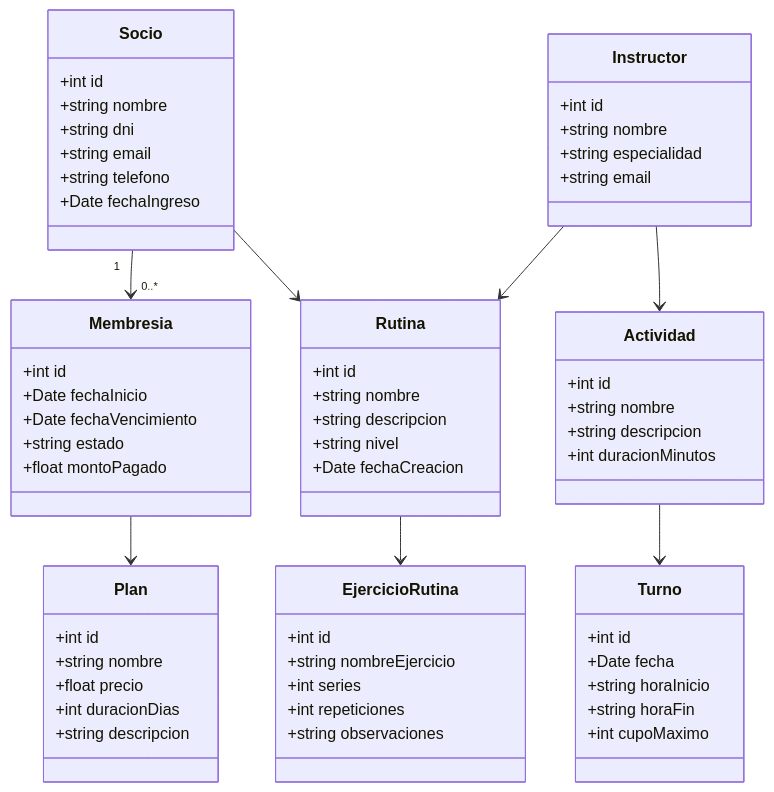
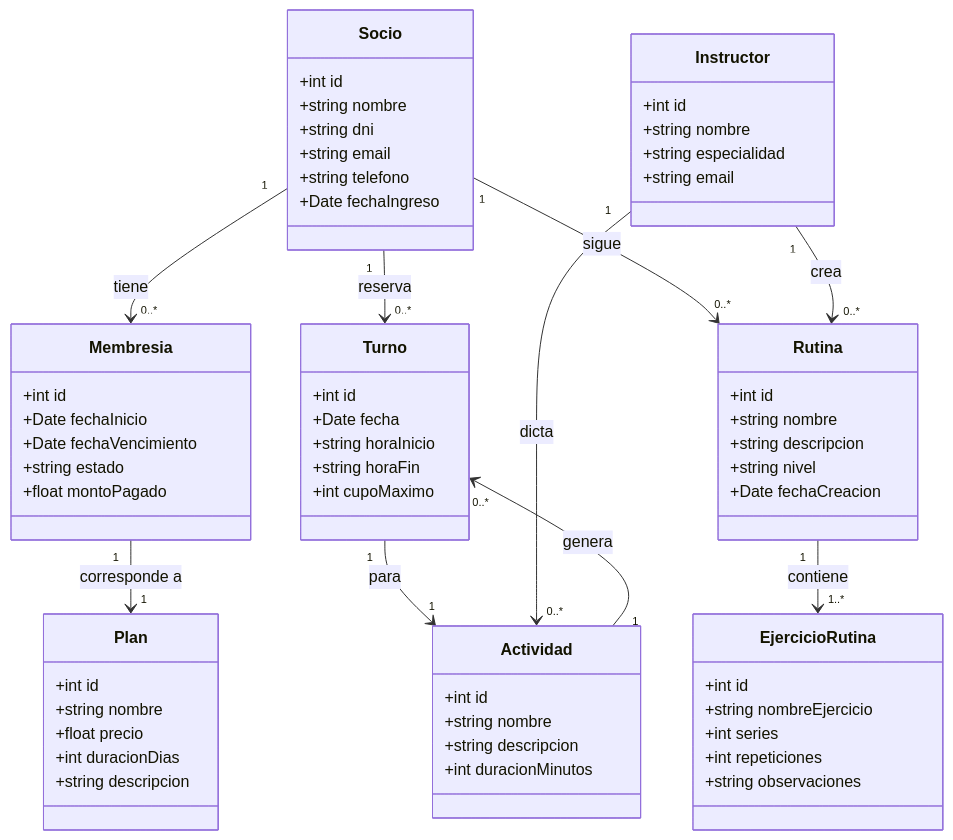
Before and after one commit to AlejoMistra/TP-DSW: the diagram in proposal.md, drawn with Mermaid.

Commit message:
Prueba diagrama

````diff
--- a/proposal.md
+++ b/proposal.md
@@ -29,76 +29,82 @@
 ```mermaid
 classDiagram
 
 class Socio {
   +int id
   +string nombre
   +string dni
   +string email
   +string telefono
   +Date fechaIngreso
 }
 
 class Plan {
   +int id
   +string nombre
   +float precio
   +int duracionDias
   +string descripcion
 }
 
 class Membresia {
   +int id
   +Date fechaInicio
   +Date fechaVencimiento
   +string estado
   +float montoPagado
 }
 
 class Actividad {
   +int id
   +string nombre
   +string descripcion
   +int duracionMinutos
 }
 
 class Instructor {
   +int id
   +string nombre
   +string especialidad
   +string email
 }
 
 class Rutina {
   +int id
   +string nombre
   +string descripcion
   +string nivel
   +Date fechaCreacion
 }
 
 class EjercicioRutina {
   +int id
   +string nombreEjercicio
   +int series
   +int repeticiones
   +string observaciones
 }
 
 class Turno {
   +int id
   +Date fecha
   +string horaInicio
   +string horaFin
   +int cupoMaximo
 }
 
-Socio "1" --> "0..*" Membresia
-Membresia --> Plan
+%% RELACIONES
 
-Actividad --> Turno
-Instructor --> Actividad
+Socio "1" --> "0..*" Membresia : tiene
+Membresia "1" --> "1" Plan : corresponde a
 
-Socio --> Rutina
-Rutina --> EjercicioRutina
-Instructor --> Rutina
+Socio "1" --> "0..*" Turno : reserva
+Turno "1" --> "1" Actividad : para
+
+Instructor "1" --> "0..*" Actividad : dicta
+Actividad "1" --> "0..*" Turno : genera
+
+Socio "1" --> "0..*" Rutina : sigue
+Rutina "1" --> "1..*" EjercicioRutina : contiene
+
+Instructor "1" --> "0..*" Rutina : crea
 ```
````
